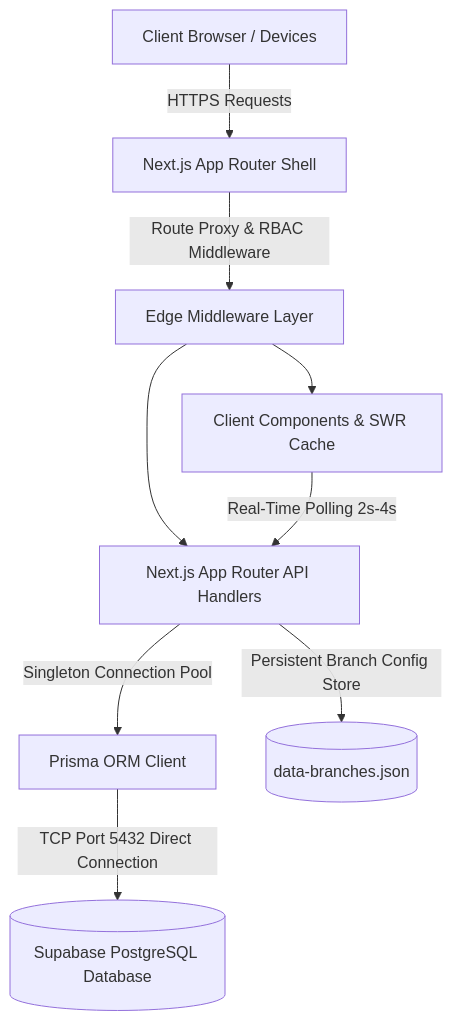
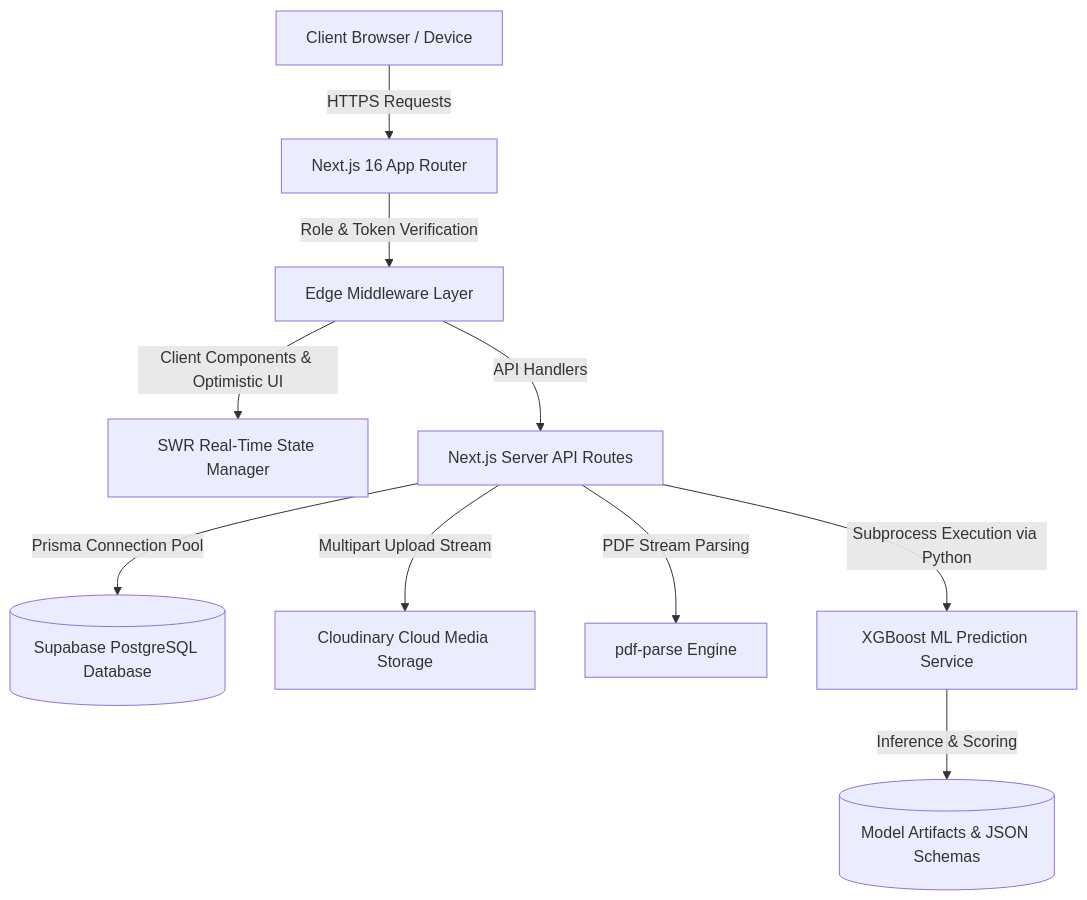
Before and after one commit to mayankbisht-tech/hot_commits: the first of 3 diagrams in README.md, drawn with Mermaid. The commit also changed other lines of this file, not shown here.

````diff
--- a/README.md
+++ b/README.md
@@ -31,11 +51,12 @@
 ```mermaid
 graph TD
-    A[Client Browser / Devices] -->|HTTPS Requests| B[Next.js App Router Shell]
-    B -->|Route Proxy & RBAC Middleware| C[Edge Middleware Layer]
-    C --> D[Client Components & SWR Cache]
-    C --> E[Next.js App Router API Handlers]
-    E -->|Singleton Connection Pool| F[Prisma ORM Client]
-    F -->|TCP Port 5432 Direct Connection| G[(Supabase PostgreSQL Database)]
-    E -->|Persistent Branch Config Store| H[(data-branches.json)]
-    D -->|Real-Time Polling 2s-4s| E
+    User[Client Browser / Device] -->|HTTPS Requests| AppShell[Next.js 16 App Router]
+    AppShell -->|Role & Token Verification| Middleware[Edge Middleware Layer]
+    Middleware -->|Client Components & Optimistic UI| SWR[SWR Real-Time State Manager]
+    Middleware -->|API Handlers| API[Next.js Server API Routes]
+    API -->|Prisma Connection Pool| DB[(Supabase PostgreSQL Database)]
+    API -->|Multipart Upload Stream| Cloudinary[Cloudinary Cloud Media Storage]
+    API -->|PDF Stream Parsing| PDFParse[pdf-parse Engine]
+    API -->|Subprocess Execution via Python| ML[XGBoost ML Prediction Service]
+    ML -->|Inference & Scoring| Artifacts[(Model Artifacts & JSON Schemas)]
 ```
````
